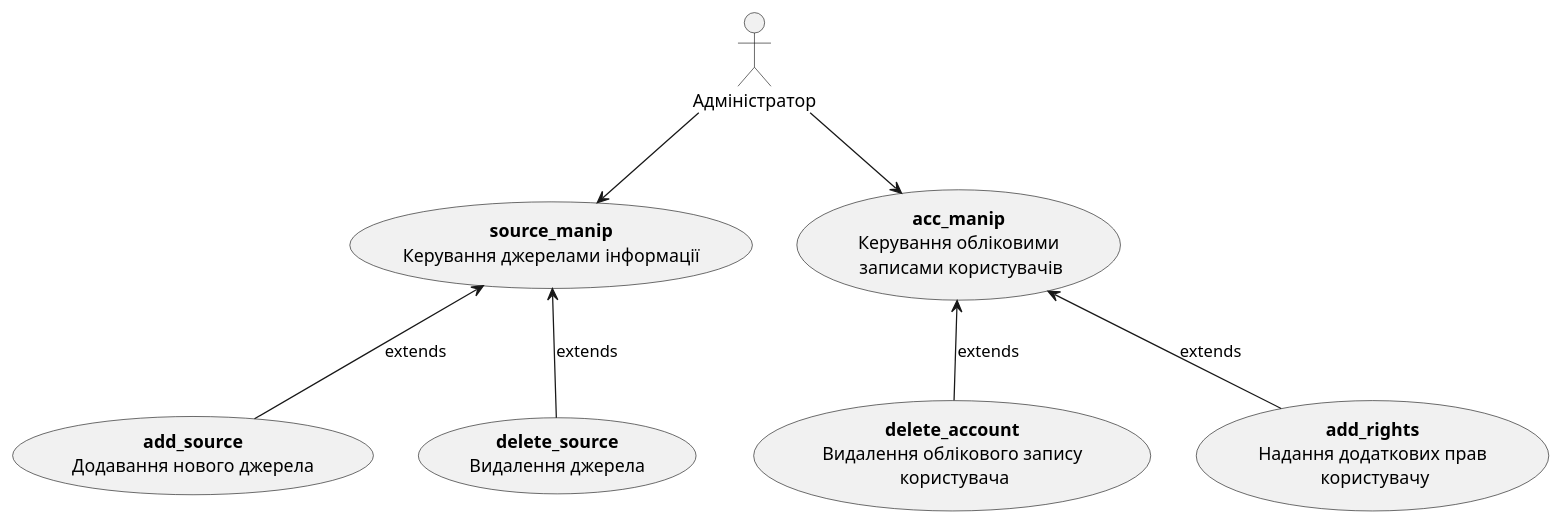
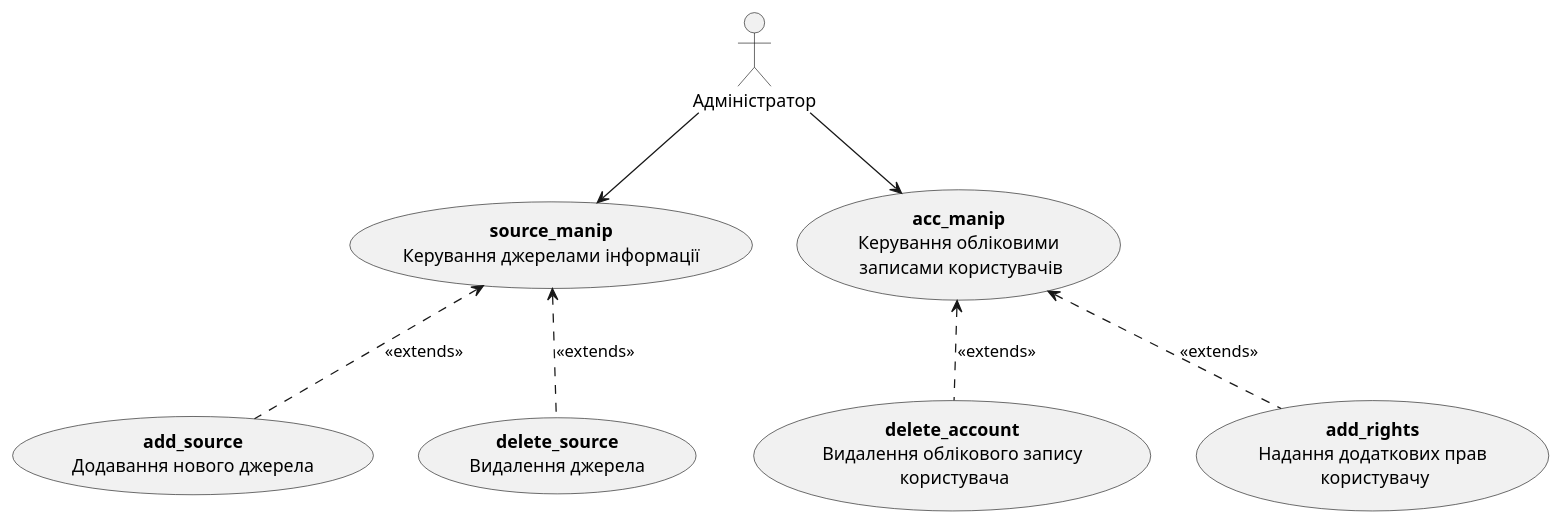
Before and after one commit to vladimirkoff/edu_db_labs_team: the third of 9 diagrams in docs/use cases/README.md, drawn with PlantUML. The commit also changed other lines of this file, not shown here.

```diff
--- a/docs/use cases/README.md
+++ b/docs/use cases/README.md
@@ -57,21 +56,21 @@
 @startuml
 
 actor "Адміністратор" as Admin
 
 usecase "<b>acc_manip</b>\nКерування обліковими\n записами користувачів" as ManipAccount 
 usecase "<b>source_manip</b>\nКерування джерелами інформації" as ManipSource 
 
 usecase "<b>delete_account</b>\nВидалення облікового запису\n користувача" as DeleteAccount
 usecase "<b>add_source</b>\nДодавання нового джерела" as AddSource
 usecase "<b>add_rights</b>\nНадання додаткових прав\n користувачу" as GrantPermissions
 usecase "<b>delete_source</b>\nВидалення джерела" as DeleteSource
 
 Admin --> ManipAccount
-DeleteAccount -u-> ManipAccount:extends
-GrantPermissions -u-> ManipAccount:extends
+DeleteAccount .u.> ManipAccount: <<extends>>
+GrantPermissions .u.> ManipAccount: <<extends>>
 
 Admin --> ManipSource
-AddSource -u-> ManipSource:extends
-DeleteSource -u-> ManipSource:extends
+AddSource .u.> ManipSource: <<extends>>
+DeleteSource .u.> ManipSource: <<extends>>
 
 @enduml
```
